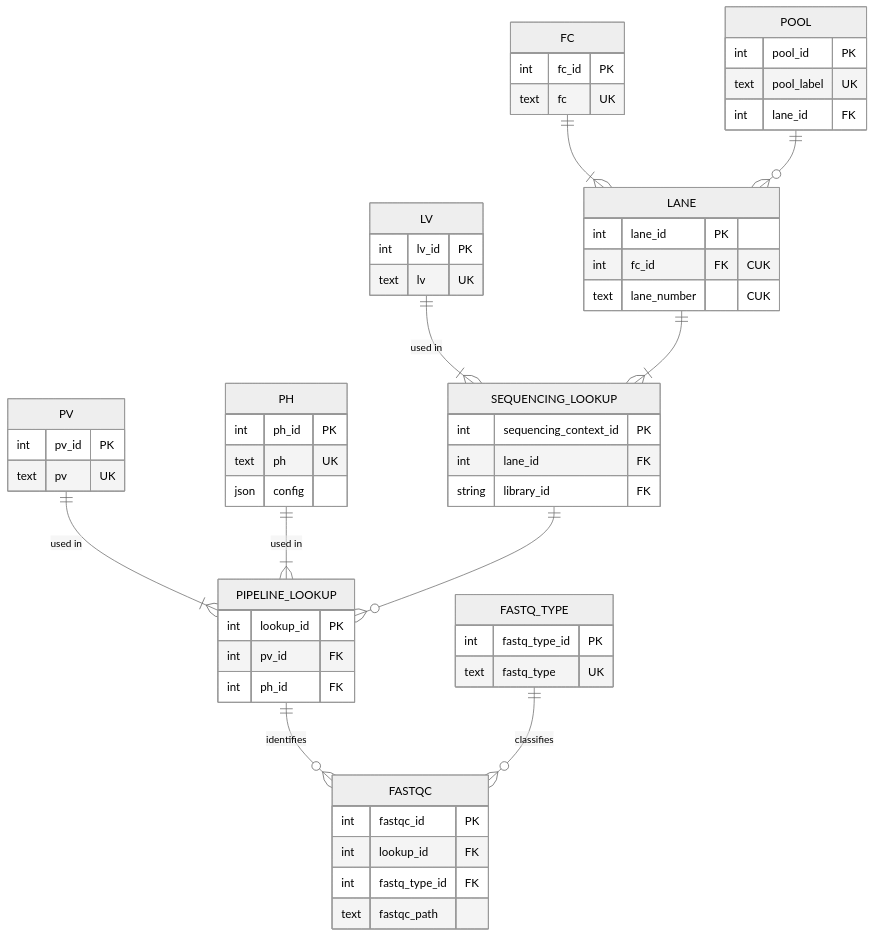
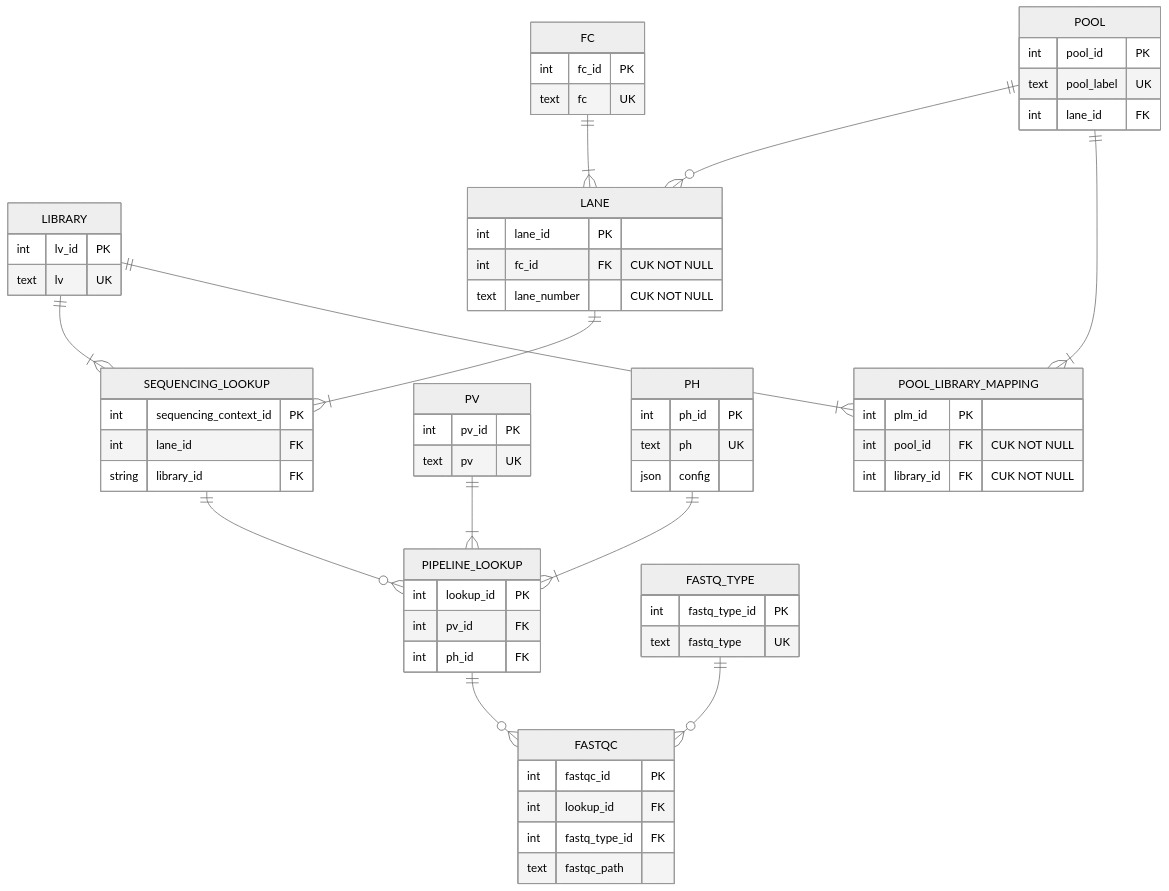
One commit to GeoGenetics/qc-parser changed the diagram in diagrams/main diagrams/partly normalized.md. Above: the diagram before and after it, drawn with Mermaid (neutral theme).

Commit message:
Refactor ER diagram with updated relationships
added POOL_LIBRARY_MAPPING for connecting to Xihans data

````diff
--- a/diagrams/main diagrams/partly normalized.md
+++ b/diagrams/main diagrams/partly normalized.md
@@ -1,19 +1,22 @@
 ```mermaid
 erDiagram
-    LV ||--|{ SEQUENCING_LOOKUP : "used in"
+    LIBRARY ||--|{ SEQUENCING_LOOKUP : ""
     FC ||--|{ LANE : ""
     LANE ||--|{ SEQUENCING_LOOKUP : ""
-    PV ||--|{ PIPELINE_LOOKUP : "used in"
-    PH ||--|{ PIPELINE_LOOKUP : "used in"
+    PV ||--|{ PIPELINE_LOOKUP : ""
+    PH ||--|{ PIPELINE_LOOKUP : ""
     POOL ||--o{ LANE : ""
+    POOL ||--|{ POOL_LIBRARY_MAPPING : ""
+    LIBRARY ||--|{ POOL_LIBRARY_MAPPING : ""
+    
 
-    PIPELINE_LOOKUP ||--o{ FASTQC : "identifies"
-    FASTQ_TYPE ||--o{ FASTQC : "classifies"
+    PIPELINE_LOOKUP ||--o{ FASTQC : ""
+    FASTQ_TYPE ||--o{ FASTQC : ""
 
     SEQUENCING_LOOKUP ||--o{ PIPELINE_LOOKUP : ""
 
     
-    LV {
+    LIBRARY {
         int lv_id PK
         text lv UK
     }
@@ -25,8 +28,8 @@
 
     LANE {
         int lane_id PK
-        int fc_id FK "CUK"
-        text lane_number "CUK"
+        int fc_id FK "CUK NOT NULL"
+        text lane_number "CUK NOT NULL"
     }
 
     POOL {
@@ -34,6 +37,12 @@
         text pool_label UK
         int lane_id FK
     }
+
+    POOL_LIBRARY_MAPPING {
+        int plm_id PK
+        int pool_id FK "CUK NOT NULL"
+        int library_id FK "CUK NOT NULL"        
+}
 
     PV {
         int pv_id PK
````
